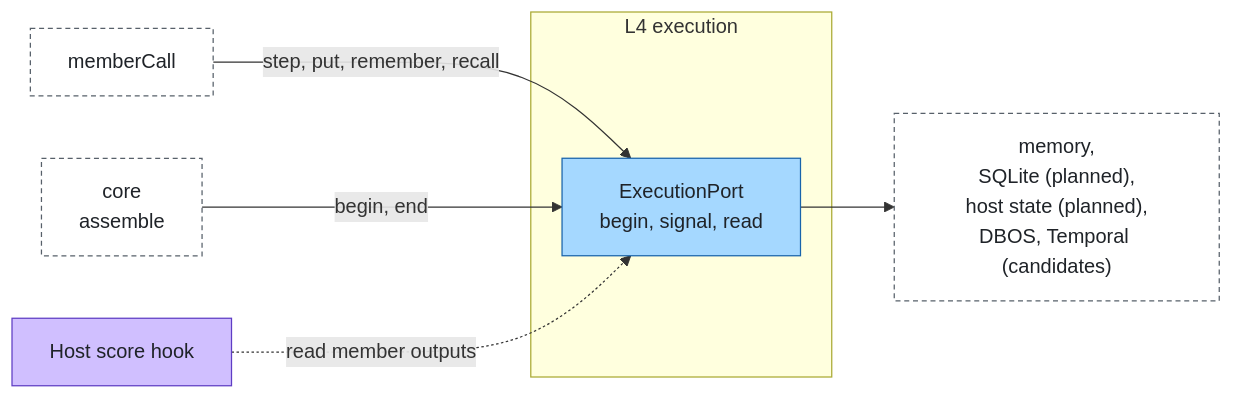
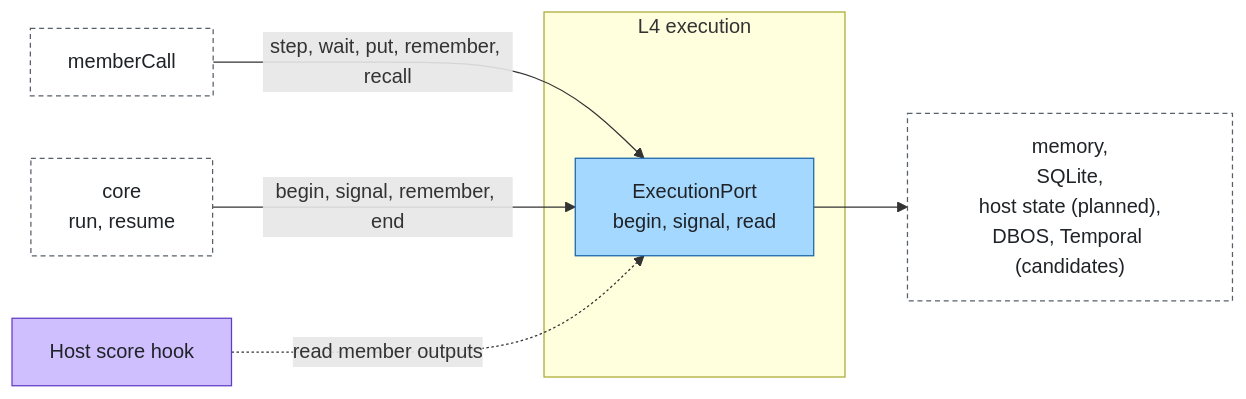
One commit to aantenore/agent-plexus changed the first of 3 diagrams in docs/layers/execution.md. Above: the diagram before and after it, drawn with Mermaid. The commit also changed other lines of this file and 69 other files, not shown here.

First line of the commit message:
feat: waiting runs resume, sqlite-execution, signed-card policy, handoff and graph

````diff
--- a/docs/layers/execution.md
+++ b/docs/layers/execution.md
@@ -23,13 +24,13 @@
 ```mermaid
 flowchart LR
-  mc["memberCall"]:::external -->|"step, put, remember, recall"| ep
-  sys["core<br/>assemble"]:::external -->|"begin, end"| ep
+  mc["memberCall"]:::external -->|"step, wait, put, remember, recall"| ep
+  sys["core<br/>run, resume"]:::external -->|"begin, signal, remember, end"| ep
   subgraph sg["L4 execution"]
     ep["ExecutionPort<br/>begin, signal, read"]:::agent
   end
-  ep --> back["memory,<br/>SQLite (planned),<br/>host state (planned),<br/>DBOS, Temporal (candidates)"]:::external
+  ep --> back["memory,<br/>SQLite,<br/>host state (planned),<br/>DBOS, Temporal (candidates)"]:::external
   host["Host score hook"]:::insight -.->|"read member outputs"| ep
   classDef agent fill:#a5d8ff,stroke:#1864ab,color:#1f2328
   classDef insight fill:#d0bfff,stroke:#5f3dc4,color:#1f2328
   classDef external fill:#ffffff,stroke:#57606a,color:#1f2328,stroke-dasharray:4 3
 ```
````
